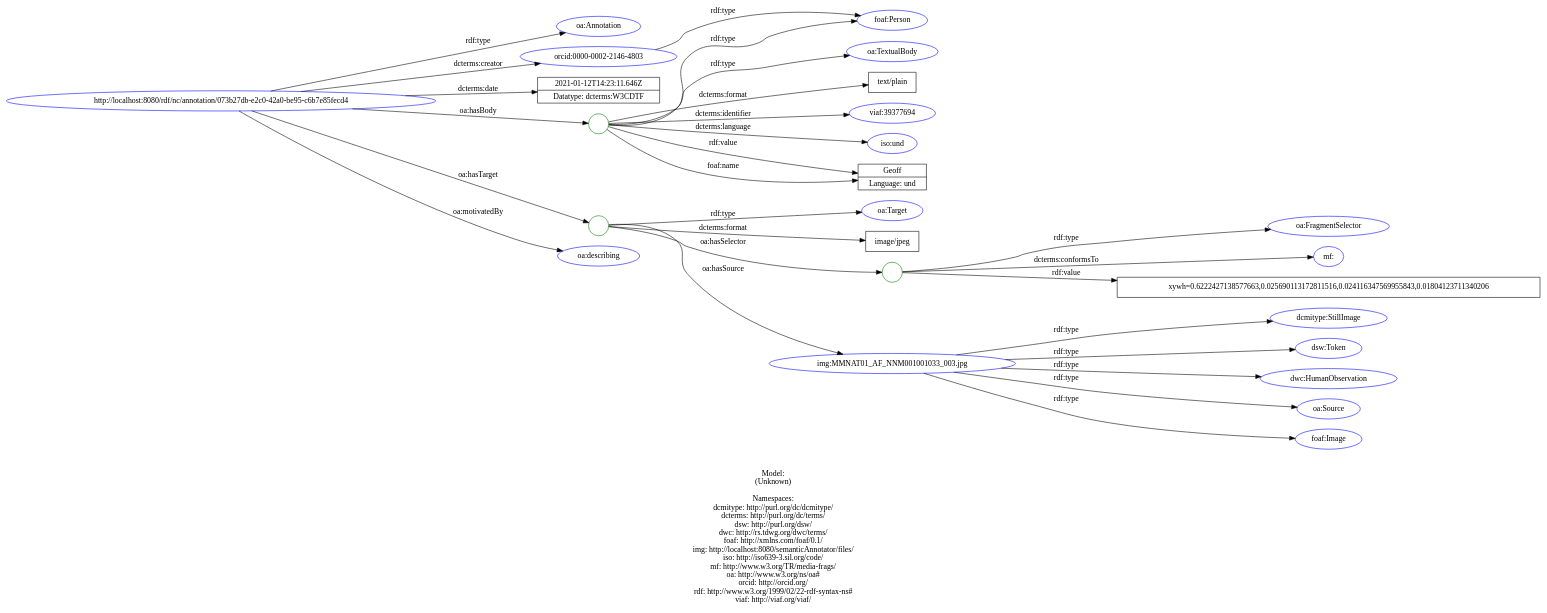
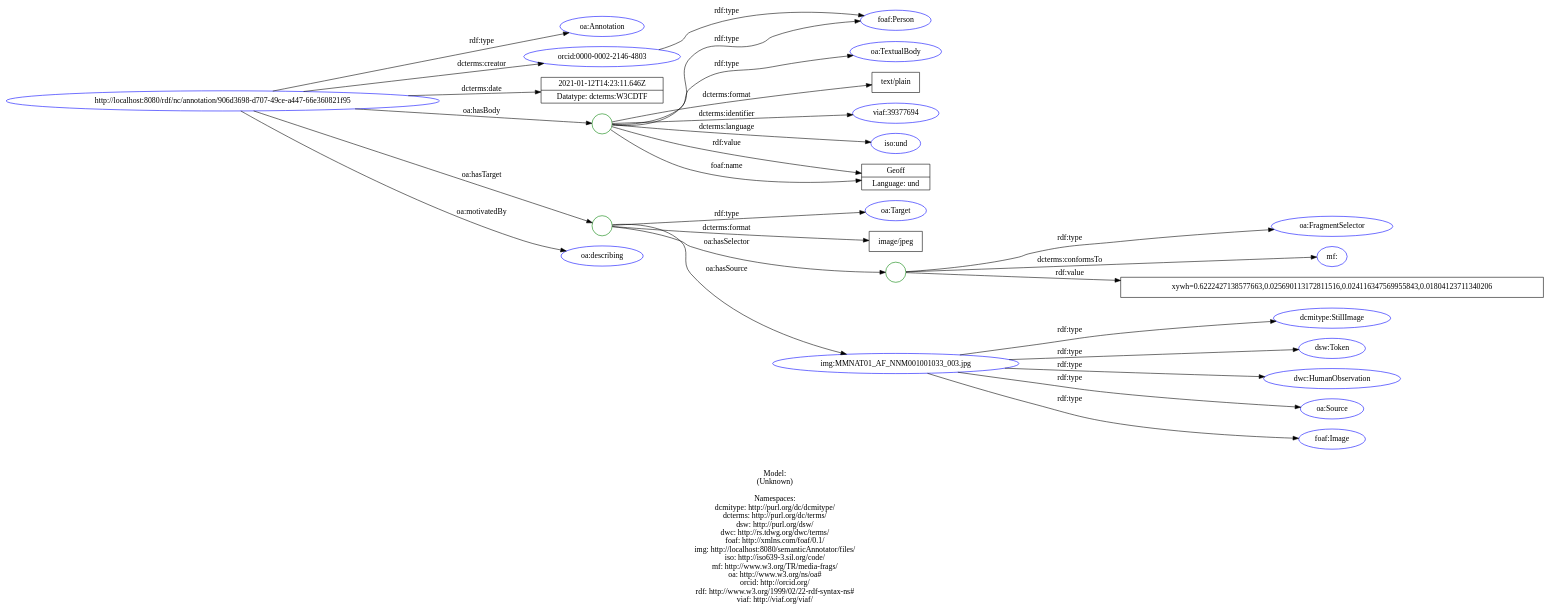
One commit to lisestork/SFB-Annotator changed the diagram in doc/models/example_2_1.dot. Above: the diagram before and after it, drawn with Graphviz. The commit also changed 21 other files, not shown here.

```diff
--- a/doc/models/example_2_1.dot
+++ b/doc/models/example_2_1.dot
@@ -1,64 +1,64 @@
 digraph {
 	rankdir = LR;
 	charset="utf-8";
 
-	"Rhttp://localhost:8080/rdf/nc/annotation/073b27db-e2c0-42a0-be95-c6b7e85fecd4" -> "Roa:Annotation" [ label="rdf:type" ];
-	"Rhttp://localhost:8080/rdf/nc/annotation/073b27db-e2c0-42a0-be95-c6b7e85fecd4" -> "Rorcid:0000-0002-2146-4803" [ label="dcterms:creator" ];
-	"Rhttp://localhost:8080/rdf/nc/annotation/073b27db-e2c0-42a0-be95-c6b7e85fecd4" -> "L2021-01-12T14:23:11.646Z|Datatype: dcterms:W3CDTF" [ label="dcterms:date" ];
-	"Rhttp://localhost:8080/rdf/nc/annotation/073b27db-e2c0-42a0-be95-c6b7e85fecd4" -> "B_:node1euqlam8lx220" [ label="oa:hasBody" ];
-	"B_:node1euqlam8lx220" -> "Roa:TextualBody" [ label="rdf:type" ];
-	"B_:node1euqlam8lx220" -> "Rfoaf:Person" [ label="rdf:type" ];
-	"B_:node1euqlam8lx220" -> "Ltext/plain" [ label="dcterms:format" ];
-	"B_:node1euqlam8lx220" -> "Rviaf:39377694" [ label="dcterms:identifier" ];
-	"B_:node1euqlam8lx220" -> "Riso:und" [ label="dcterms:language" ];
-	"B_:node1euqlam8lx220" -> "LGeoff|Language: und" [ label="rdf:value" ];
-	"B_:node1euqlam8lx220" -> "LGeoff|Language: und" [ label="foaf:name" ];
-	"Rhttp://localhost:8080/rdf/nc/annotation/073b27db-e2c0-42a0-be95-c6b7e85fecd4" -> "B_:node1euqlam8lx219" [ label="oa:hasTarget" ];
-	"B_:node1euqlam8lx219" -> "Roa:Target" [ label="rdf:type" ];
-	"B_:node1euqlam8lx219" -> "Limage/jpeg" [ label="dcterms:format" ];
-	"B_:node1euqlam8lx219" -> "B_:node1euqlam8lx222" [ label="oa:hasSelector" ];
-	"B_:node1euqlam8lx222" -> "Roa:FragmentSelector" [ label="rdf:type" ];
-	"B_:node1euqlam8lx222" -> "Rmf:" [ label="dcterms:conformsTo" ];
-	"B_:node1euqlam8lx222" -> "Lxywh=0.6222427138577663,0.025690113172811516,0.024116347569955843,0.01804123711340206" [ label="rdf:value" ];
-	"B_:node1euqlam8lx219" -> "Rimg:MMNAT01_AF_NNM001001033_003.jpg" [ label="oa:hasSource" ];
-	"Rhttp://localhost:8080/rdf/nc/annotation/073b27db-e2c0-42a0-be95-c6b7e85fecd4" -> "Roa:describing" [ label="oa:motivatedBy" ];
+	"Rhttp://localhost:8080/rdf/nc/annotation/906d3698-d707-49ce-a447-66e360821f95" -> "Roa:Annotation" [ label="rdf:type" ];
+	"Rhttp://localhost:8080/rdf/nc/annotation/906d3698-d707-49ce-a447-66e360821f95" -> "Rorcid:0000-0002-2146-4803" [ label="dcterms:creator" ];
+	"Rhttp://localhost:8080/rdf/nc/annotation/906d3698-d707-49ce-a447-66e360821f95" -> "L2021-01-12T14:23:11.646Z|Datatype: dcterms:W3CDTF" [ label="dcterms:date" ];
+	"Rhttp://localhost:8080/rdf/nc/annotation/906d3698-d707-49ce-a447-66e360821f95" -> "B_:node1f0go8rutx7" [ label="oa:hasBody" ];
+	"B_:node1f0go8rutx7" -> "Roa:TextualBody" [ label="rdf:type" ];
+	"B_:node1f0go8rutx7" -> "Rfoaf:Person" [ label="rdf:type" ];
+	"B_:node1f0go8rutx7" -> "Ltext/plain" [ label="dcterms:format" ];
+	"B_:node1f0go8rutx7" -> "Rviaf:39377694" [ label="dcterms:identifier" ];
+	"B_:node1f0go8rutx7" -> "Riso:und" [ label="dcterms:language" ];
+	"B_:node1f0go8rutx7" -> "LGeoff|Language: und" [ label="rdf:value" ];
+	"B_:node1f0go8rutx7" -> "LGeoff|Language: und" [ label="foaf:name" ];
+	"Rhttp://localhost:8080/rdf/nc/annotation/906d3698-d707-49ce-a447-66e360821f95" -> "B_:node1f0go8rutx6" [ label="oa:hasTarget" ];
+	"B_:node1f0go8rutx6" -> "Roa:Target" [ label="rdf:type" ];
+	"B_:node1f0go8rutx6" -> "Limage/jpeg" [ label="dcterms:format" ];
+	"B_:node1f0go8rutx6" -> "B_:node1f0go8rutx9" [ label="oa:hasSelector" ];
+	"B_:node1f0go8rutx9" -> "Roa:FragmentSelector" [ label="rdf:type" ];
+	"B_:node1f0go8rutx9" -> "Rmf:" [ label="dcterms:conformsTo" ];
+	"B_:node1f0go8rutx9" -> "Lxywh=0.6222427138577663,0.025690113172811516,0.024116347569955843,0.01804123711340206" [ label="rdf:value" ];
+	"B_:node1f0go8rutx6" -> "Rimg:MMNAT01_AF_NNM001001033_003.jpg" [ label="oa:hasSource" ];
+	"Rhttp://localhost:8080/rdf/nc/annotation/906d3698-d707-49ce-a447-66e360821f95" -> "Roa:describing" [ label="oa:motivatedBy" ];
 	"Rorcid:0000-0002-2146-4803" -> "Rfoaf:Person" [ label="rdf:type" ];
 	"Rimg:MMNAT01_AF_NNM001001033_003.jpg" -> "Rdcmitype:StillImage" [ label="rdf:type" ];
 	"Rimg:MMNAT01_AF_NNM001001033_003.jpg" -> "Rdsw:Token" [ label="rdf:type" ];
 	"Rimg:MMNAT01_AF_NNM001001033_003.jpg" -> "Rdwc:HumanObservation" [ label="rdf:type" ];
 	"Rimg:MMNAT01_AF_NNM001001033_003.jpg" -> "Roa:Source" [ label="rdf:type" ];
 	"Rimg:MMNAT01_AF_NNM001001033_003.jpg" -> "Rfoaf:Image" [ label="rdf:type" ];
 
 	// Resources
-	"Rhttp://localhost:8080/rdf/nc/annotation/073b27db-e2c0-42a0-be95-c6b7e85fecd4" [ label="http://localhost:8080/rdf/nc/annotation/073b27db-e2c0-42a0-be95-c6b7e85fecd4", shape = ellipse, color = blue ];
+	"Rhttp://localhost:8080/rdf/nc/annotation/906d3698-d707-49ce-a447-66e360821f95" [ label="http://localhost:8080/rdf/nc/annotation/906d3698-d707-49ce-a447-66e360821f95", shape = ellipse, color = blue ];
 	"Roa:Annotation" [ label="oa:Annotation", shape = ellipse, color = blue ];
 	"Rorcid:0000-0002-2146-4803" [ label="orcid:0000-0002-2146-4803", shape = ellipse, color = blue ];
 	"Roa:TextualBody" [ label="oa:TextualBody", shape = ellipse, color = blue ];
 	"Rfoaf:Person" [ label="foaf:Person", shape = ellipse, color = blue ];
 	"Rviaf:39377694" [ label="viaf:39377694", shape = ellipse, color = blue ];
 	"Riso:und" [ label="iso:und", shape = ellipse, color = blue ];
 	"Roa:Target" [ label="oa:Target", shape = ellipse, color = blue ];
 	"Roa:FragmentSelector" [ label="oa:FragmentSelector", shape = ellipse, color = blue ];
 	"Rmf:" [ label="mf:", shape = ellipse, color = blue ];
 	"Rimg:MMNAT01_AF_NNM001001033_003.jpg" [ label="img:MMNAT01_AF_NNM001001033_003.jpg", shape = ellipse, color = blue ];
 	"Roa:describing" [ label="oa:describing", shape = ellipse, color = blue ];
 	"Rdcmitype:StillImage" [ label="dcmitype:StillImage", shape = ellipse, color = blue ];
 	"Rdsw:Token" [ label="dsw:Token", shape = ellipse, color = blue ];
 	"Rdwc:HumanObservation" [ label="dwc:HumanObservation", shape = ellipse, color = blue ];
 	"Roa:Source" [ label="oa:Source", shape = ellipse, color = blue ];
 	"Rfoaf:Image" [ label="foaf:Image", shape = ellipse, color = blue ];
 
 	// Anonymous nodes
-	"B_:node1euqlam8lx220" [ label="", shape = circle, color = green ];
-	"B_:node1euqlam8lx219" [ label="", shape = circle, color = green ];
-	"B_:node1euqlam8lx222" [ label="", shape = circle, color = green ];
+	"B_:node1f0go8rutx7" [ label="", shape = circle, color = green ];
+	"B_:node1f0go8rutx6" [ label="", shape = circle, color = green ];
+	"B_:node1f0go8rutx9" [ label="", shape = circle, color = green ];
 
 	// Literals
 	"L2021-01-12T14:23:11.646Z|Datatype: dcterms:W3CDTF" [ label="2021-01-12T14:23:11.646Z|Datatype: dcterms:W3CDTF", shape = record ];
 	"Ltext/plain" [ label="text/plain", shape = record ];
 	"LGeoff|Language: und" [ label="Geoff|Language: und", shape = record ];
 	"Limage/jpeg" [ label="image/jpeg", shape = record ];
 	"Lxywh=0.6222427138577663,0.025690113172811516,0.024116347569955843,0.01804123711340206" [ label="xywh=0.6222427138577663,0.025690113172811516,0.024116347569955843,0.01804123711340206", shape = record ];
 
 	label="\n\nModel:\n(Unknown)\n\nNamespaces:\ndcmitype: http://purl.org/dc/dcmitype/\ndcterms: http://purl.org/dc/terms/\ndsw: http://purl.org/dsw/\ndwc: http://rs.tdwg.org/dwc/terms/\nfoaf: http://xmlns.com/foaf/0.1/\nimg: http://localhost:8080/semanticAnnotator/files/\niso: http://iso639-3.sil.org/code/\nmf: http://www.w3.org/TR/media-frags/\noa: http://www.w3.org/ns/oa#\norcid: http://orcid.org/\nrdf: http://www.w3.org/1999/02/22-rdf-syntax-ns#\nviaf: http://viaf.org/viaf/\n";
 }
```
